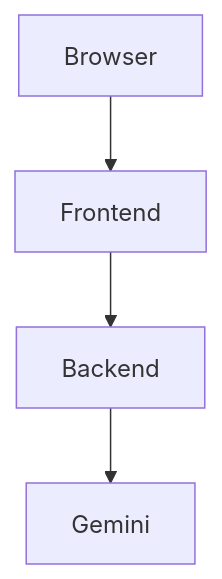
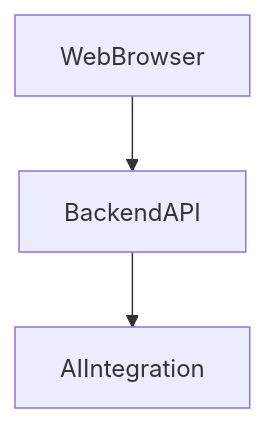
The first of 2 diagrams in README.md (yogithasivakumar/FocusZen), drawn with Mermaid before and after one commit. The commit also changed other lines of this file, not shown here.

````diff
--- a/README.md
+++ b/README.md
@@ -11,6 +11,5 @@
 ```mermaid
 flowchart TD
-    Browser --> Frontend
-    Frontend --> Backend
-    Backend --> Gemini
+    WebBrowser --> BackendAPI
+    BackendAPI --> AIIntegration
 ```
````
